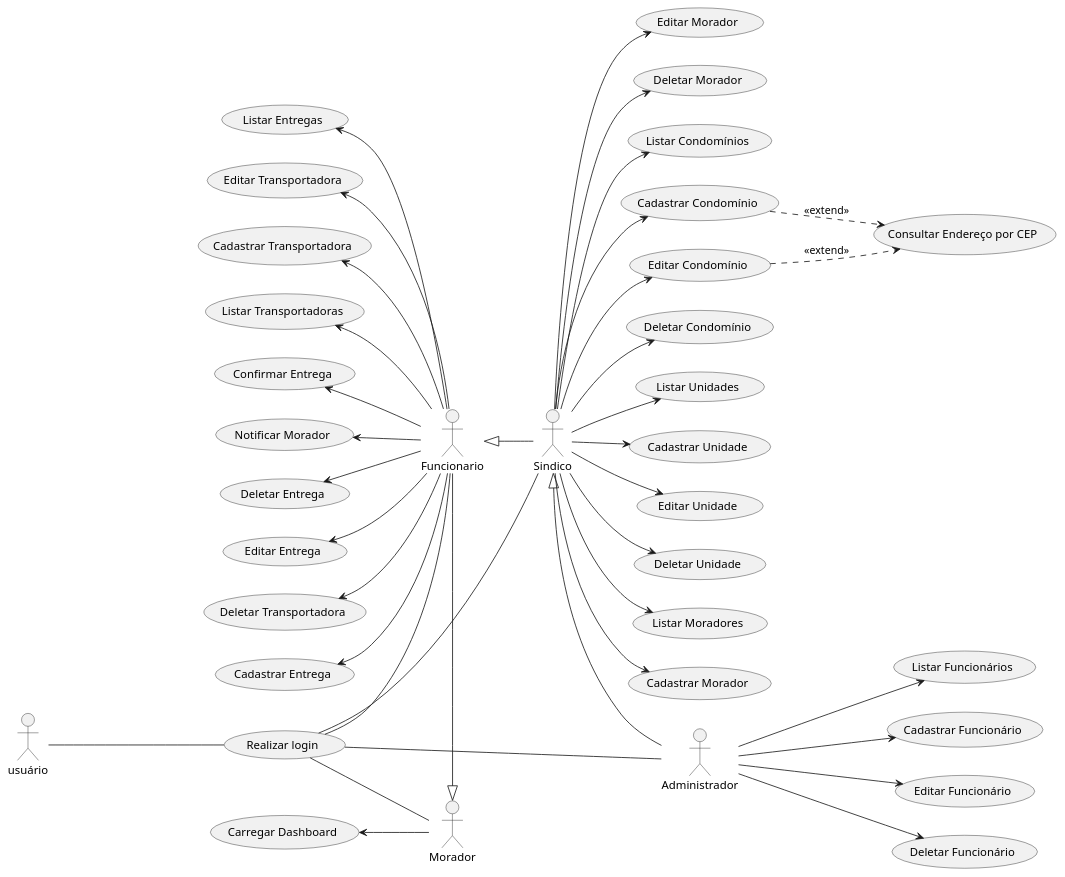
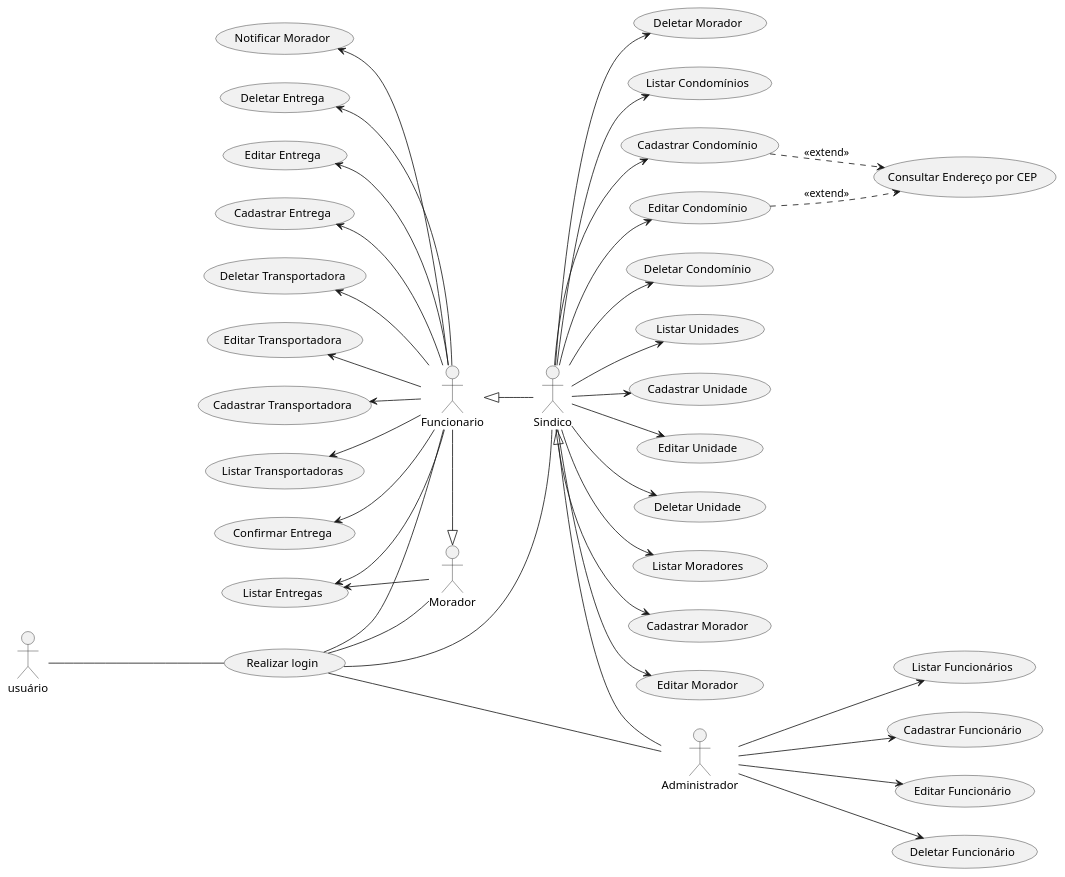
One commit to ddcsilva/EntregaSegura changed the diagram in Docs/Diagramas/Diagrama de Caso de Uso.puml. Above: the diagram before and after it, drawn with PlantUML.

Commit message:
Update Diagrama de Caso de Uso.puml

```diff
--- a/Docs/Diagramas/Diagrama de Caso de Uso.puml
+++ b/Docs/Diagramas/Diagrama de Caso de Uso.puml
@@ -1,93 +1,91 @@
 @startuml
 
 left to right direction
 
 actor Morador as morador
 actor Funcionario as funcionario
 actor Sindico as sindico
 actor Administrador as administrador
 
 usuário ---- (Realizar login)
 
 (Realizar login) -- administrador
 (Realizar login) -- sindico
 (Realizar login) -- funcionario
 (Realizar login) -- morador
 
 administrador -up-|> sindico
 sindico -up-|> funcionario
 funcionario -right-|> morador
 
 usecase "Listar Funcionários" as listar_funcionarios
 usecase "Cadastrar Funcionário" as cadastrar_funcionario
 usecase "Editar Funcionário" as editar_funcionario
 usecase "Deletar Funcionário" as deletar_funcionario
 
 usecase "Listar Condomínios" as listar_condominios
 usecase "Cadastrar Condomínio" as cadastrar_condominio
 usecase "Editar Condomínio" as editar_condominio
 usecase "Deletar Condomínio" as deletar_condominio
 
 usecase "Listar Unidades" as listar_unidades
 usecase "Cadastrar Unidade" as cadastrar_unidade
 usecase "Editar Unidade" as editar_unidade
 usecase "Deletar Unidade" as deletar_unidade
 
 usecase "Listar Moradores" as listar_moradores
 usecase "Cadastrar Morador" as cadastrar_morador
 usecase "Editar Morador" as editar_morador
 usecase "Deletar Morador" as deletar_morador
 usecase "Consultar Endereço por CEP" as consultar_endereco
 
 usecase "Listar Entregas" as listar_entregas
 usecase "Cadastrar Entrega" as cadastrar_entrega
 usecase "Editar Entrega" as editar_entrega
 usecase "Deletar Entrega" as deletar_entrega
 usecase "Confirmar Entrega" as confirmar_entrega
 usecase "Notificar Morador" as notificar_entrega
 
 usecase "Listar Transportadoras" as listar_transportadoras
 usecase "Cadastrar Transportadora" as cadastrar_transportadora
 usecase "Editar Transportadora" as editar_transportadora
 usecase "Deletar Transportadora" as deletar_transportadora
 
-usecase “Carregar Dashboard” as carregar_dashboard
-
 administrador --> listar_funcionarios
 administrador --> cadastrar_funcionario
 administrador --> editar_funcionario
 administrador --> deletar_funcionario
 
 sindico --> listar_condominios
 sindico --> cadastrar_condominio
 sindico --> editar_condominio
 sindico --> deletar_condominio
 
 cadastrar_condominio ..> consultar_endereco : <<extend>>
 editar_condominio ..> consultar_endereco : <<extend>>
 
 sindico --> listar_unidades
 sindico --> cadastrar_unidade
 sindico --> editar_unidade
 sindico --> deletar_unidade
 
 sindico --> listar_moradores
 sindico --> cadastrar_morador
 sindico --> editar_morador
 sindico --> deletar_morador
 
 funcionario -up-> listar_entregas
 funcionario -up-> cadastrar_entrega
 funcionario -up-> editar_entrega
 funcionario -up-> deletar_entrega
 funcionario -up-> notificar_entrega
 funcionario -up-> confirmar_entrega
 
 funcionario -up-> listar_transportadoras
 funcionario -up-> cadastrar_transportadora
 funcionario -up-> editar_transportadora
 funcionario -up-> deletar_transportadora
 
-morador -up-> carregar_dashboard
+morador -up-> listar_entregas
 
 @enduml
```
